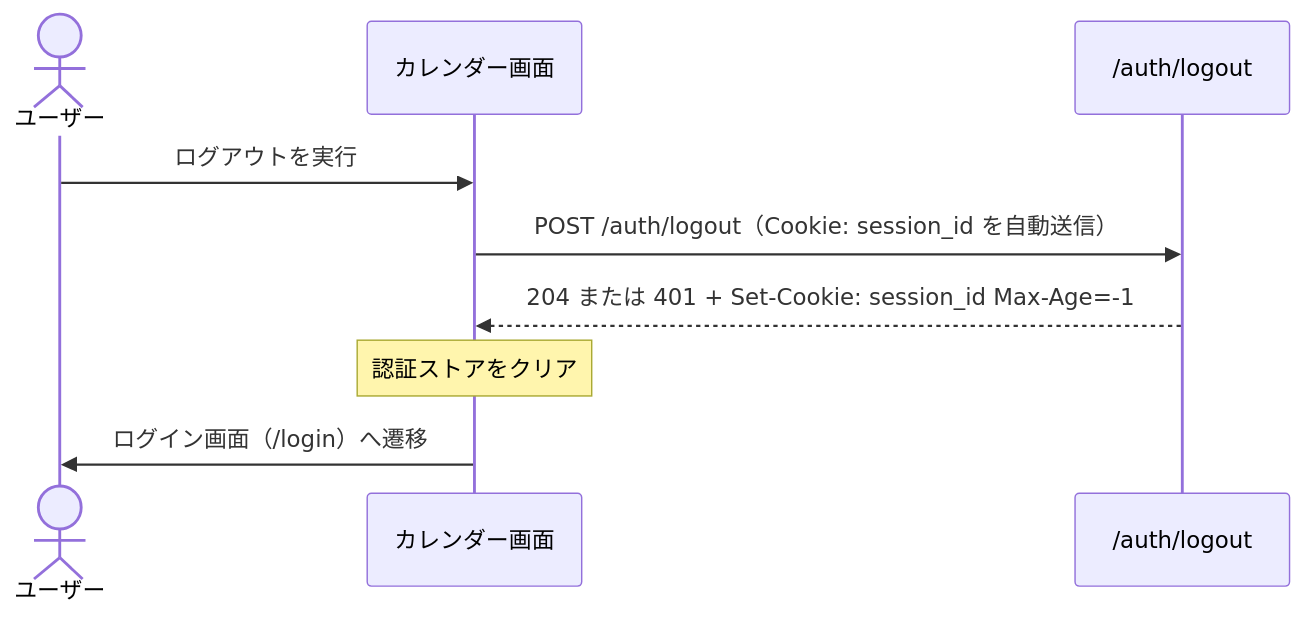
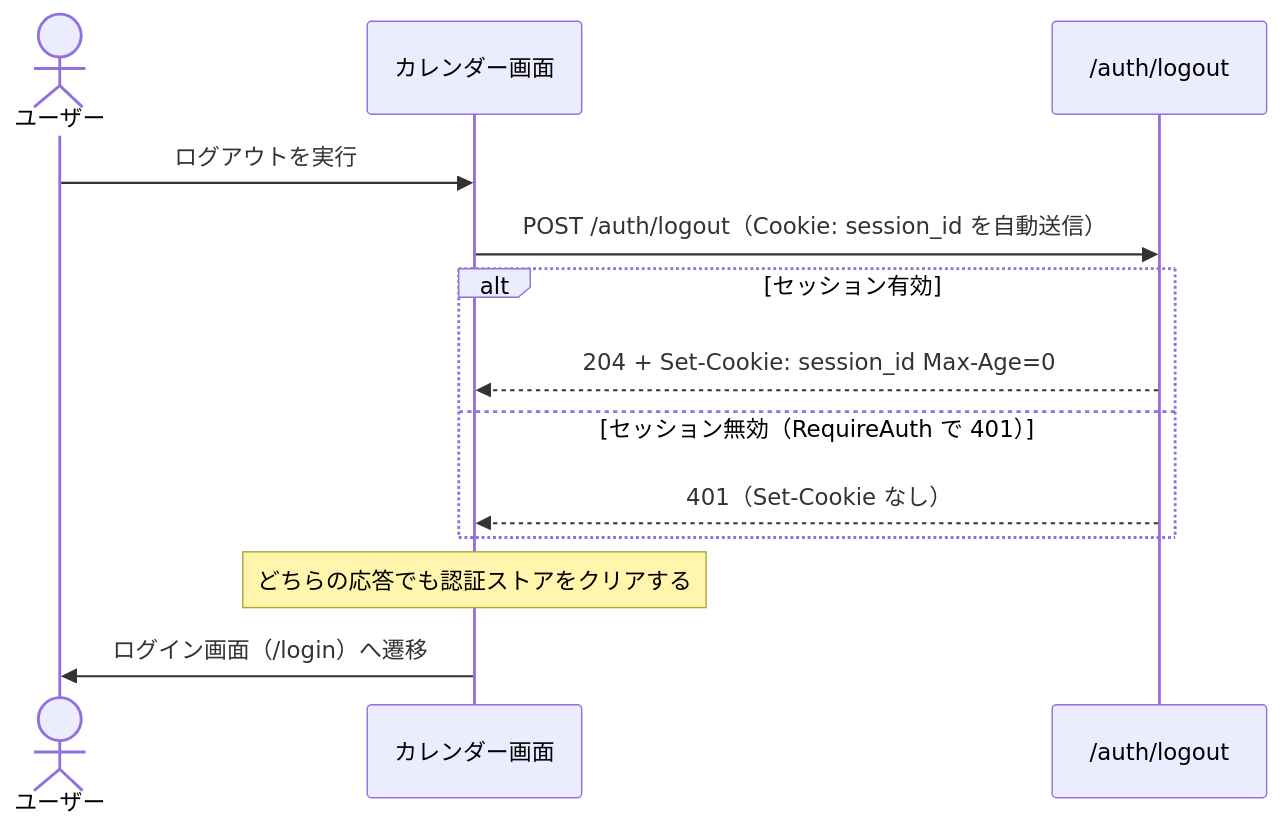
One commit to Haya372/ai-trial changed the third of 4 diagrams in docs/spec/SPEC-001-auth.md. Above: the diagram before and after it, drawn with Mermaid. The commit also changed other lines of this file and 4 other files, not shown here.

````diff
--- a/docs/spec/SPEC-001-auth.md
+++ b/docs/spec/SPEC-001-auth.md
@@ -145,11 +248,15 @@
 ```mermaid
 sequenceDiagram
     actor User as ユーザー
     participant UI as カレンダー画面
     participant API as /auth/logout
     User->>UI: ログアウトを実行
     UI->>API: POST /auth/logout（Cookie: session_id を自動送信）
-    API-->>UI: 204 または 401 + Set-Cookie: session_id Max-Age=-1
-    Note over UI: 認証ストアをクリア
+    alt セッション有効
+      API-->>UI: 204 + Set-Cookie: session_id Max-Age=0
+    else セッション無効（RequireAuth で 401）
+      API-->>UI: 401（Set-Cookie なし）
+    end
+    Note over UI: どちらの応答でも認証ストアをクリアする
     UI->>User: ログイン画面（/login）へ遷移
 ```
````
